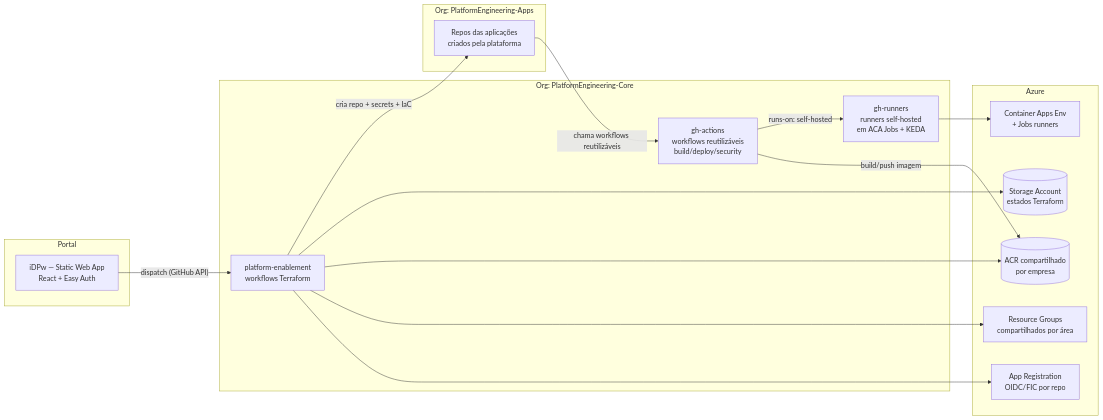
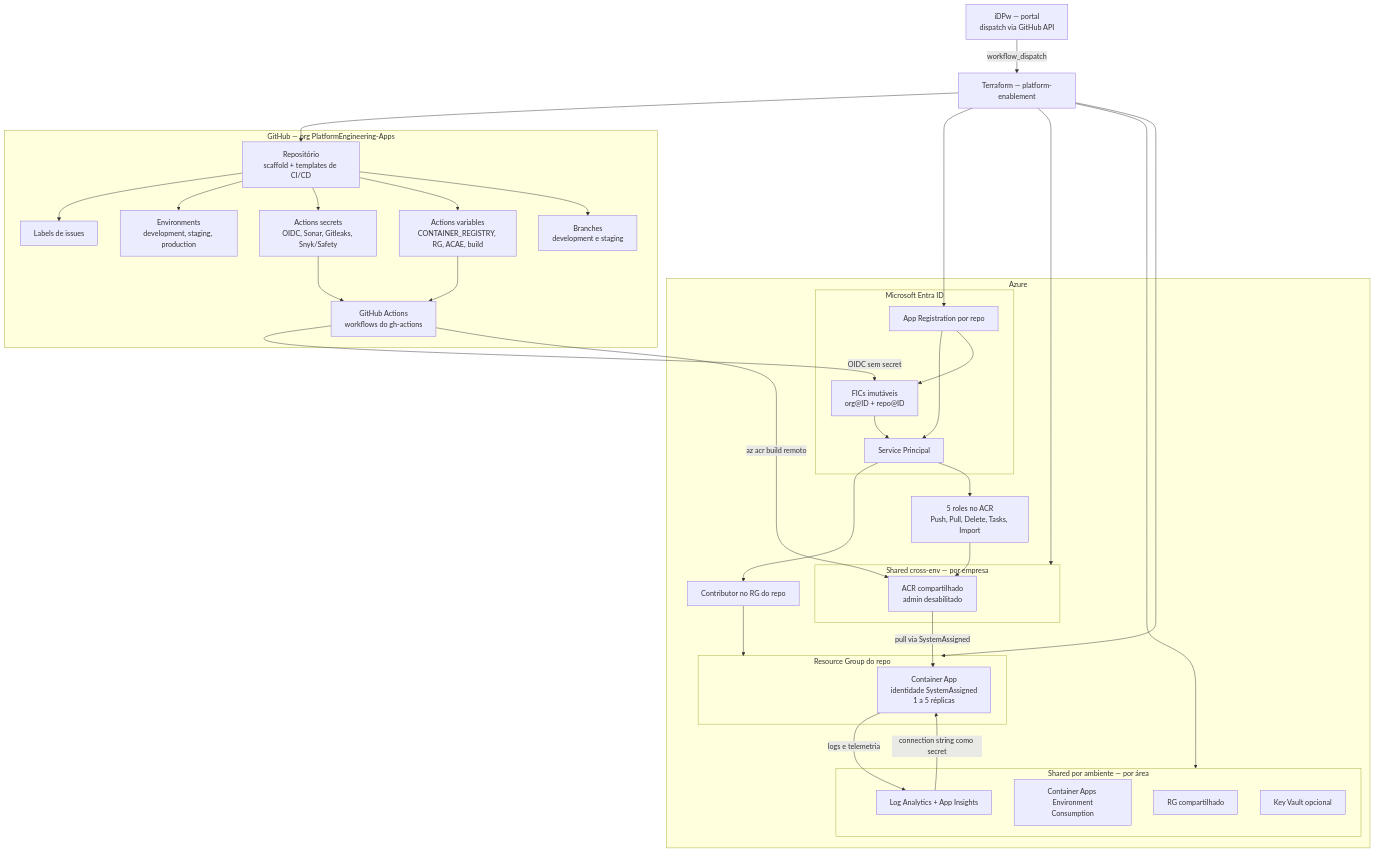
Before and after one commit to PlatformEngineering-Core/.github: the diagram in README.md, drawn with Mermaid. The commit also changed 1 other file, not shown here.

Commit message:
docs: mermaid update

````diff
--- a/README.md
+++ b/README.md
@@ -15,35 +15,66 @@
 ```mermaid
-flowchart LR
-    subgraph Portal
-        IDPw[iDPw — Static Web App<br/>React + Easy Auth]
+flowchart TB
+    PORTAL[iDPw — portal<br/>dispatch via GitHub API]
+
+    subgraph GITHUB[GitHub — org PlatformEngineering-Apps]
+        REPO[Repositório<br/>scaffold + templates de CI/CD]
+        LABELS[Labels de issues]
+        ENVS[Environments<br/>development, staging, production]
+        SECRETS[Actions secrets<br/>OIDC, Sonar, Gitleaks, Snyk/Safety]
+        VARS[Actions variables<br/>CONTAINER_REGISTRY, RG, ACAE, build]
+        BRANCHES[Branches<br/>development e staging]
+        ACTIONS[GitHub Actions<br/>workflows do gh-actions]
+
+        REPO --> LABELS
+        REPO --> ENVS
+        REPO --> SECRETS
+        REPO --> VARS
+        REPO --> BRANCHES
+        SECRETS --> ACTIONS
+        VARS --> ACTIONS
     end
 
-    subgraph Core["Org: PlatformEngineering-Core"]
-        PE[platform-enablement<br/>workflows Terraform]
-        GA[gh-actions<br/>workflows reutilizáveis<br/>build/deploy/security]
-        GR[gh-runners<br/>runners self-hosted<br/>em ACA Jobs + KEDA]
+    subgraph AZURE[Azure]
+        subgraph ENTRA[Microsoft Entra ID]
+            APP[App Registration por repo]
+            SP[Service Principal]
+            OIDC[FICs imutáveis<br/>org@ID + repo@ID]
+            APP --> SP
+            APP --> OIDC
+        end
+
+        subgraph CROSS[Shared cross-env — por empresa]
+            ACR[ACR compartilhado<br/>admin desabilitado]
+        end
+
+        subgraph SHARED[Shared por ambiente — por área]
+            RGS[RG compartilhado]
+            ACAE[Container Apps Environment<br/>Consumption]
+            LAW[Log Analytics + App Insights]
+            KV[Key Vault opcional]
+        end
+
+        subgraph REPRG[Resource Group do repo]
+            CA[Container App<br/>identidade SystemAssigned<br/>1 a 5 réplicas]
+        end
+
+        ROLES[5 roles no ACR<br/>Push, Pull, Delete, Tasks, Import]
+        ROLECONTRIB[Contributor no RG do repo]
     end
 
-    subgraph Apps["Org: PlatformEngineering-Apps"]
-        REPO[Repos das aplicações<br/>criados pela plataforma]
-    end
+    PORTAL -->|workflow_dispatch| TF[Terraform — platform-enablement]
+    TF --> REPO
+    TF --> APP
+    TF --> CROSS
+    TF --> SHARED
+    TF --> REPRG
 
-    subgraph Azure
-        ST[(Storage Account<br/>estados Terraform)]
-        ACR[(ACR compartilhado<br/>por empresa)]
-        RG[Resource Groups<br/>compartilhados por área]
-        ACAE[Container Apps Env<br/>+ Jobs runners]
-        APP[App Registration<br/>OIDC/FIC por repo]
-    end
-
-    IDPw -- "dispatch (GitHub API)" --> PE
-    PE -- "cria repo + secrets + IaC" --> REPO
-    PE --> ST
-    PE --> ACR
-    PE --> RG
-    PE --> APP
-    REPO -- "chama workflows reutilizáveis" --> GA
-    GA -- "runs-on: self-hosted" --> GR
-    GR --> ACAE
-    GA -- "build/push imagem" --> ACR
+    ACTIONS -->|OIDC sem secret| OIDC
+    OIDC --> SP
+    SP --> ROLECONTRIB --> REPRG
+    SP --> ROLES --> ACR
+    ACTIONS -->|az acr build remoto| ACR
+    ACR -->|pull via SystemAssigned| CA
+    LAW -->|connection string como secret| CA
+    CA -->|logs e telemetria| LAW
 ```
````
